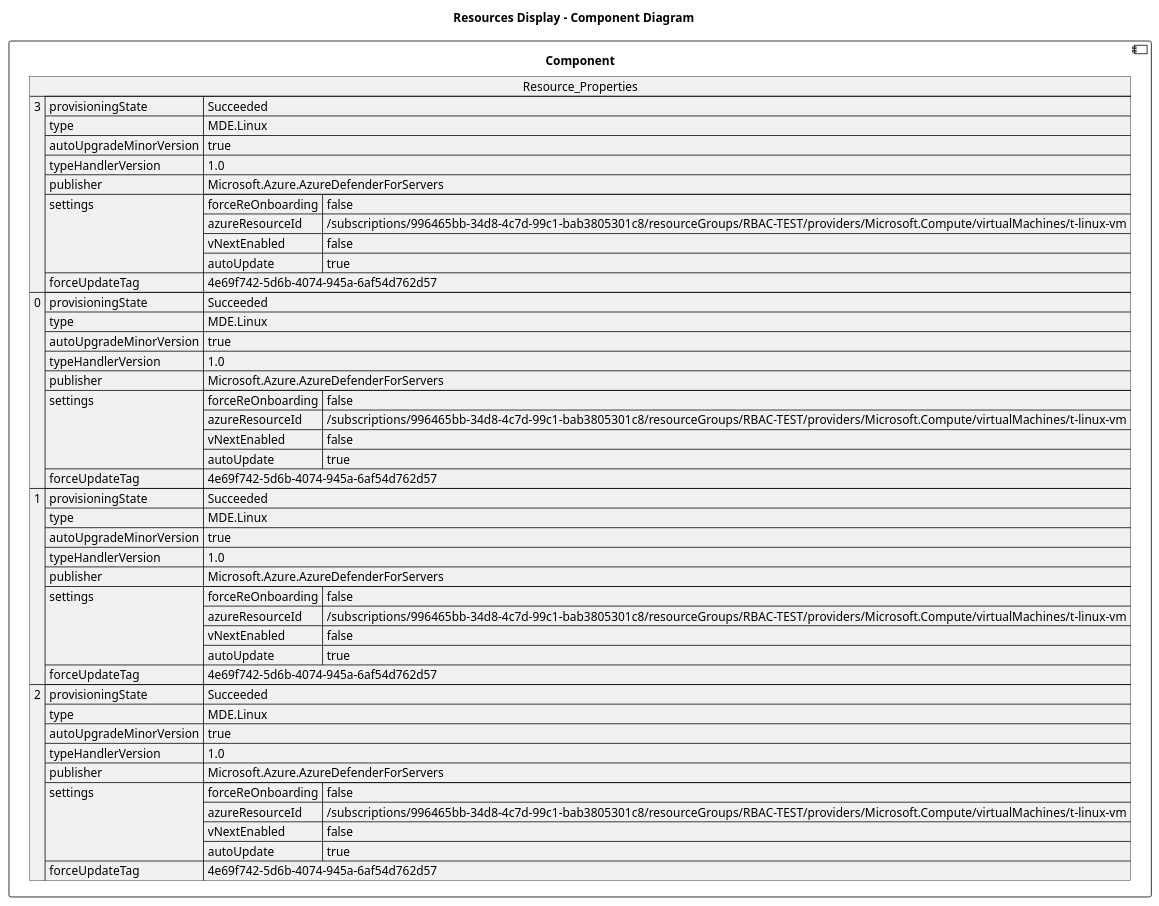
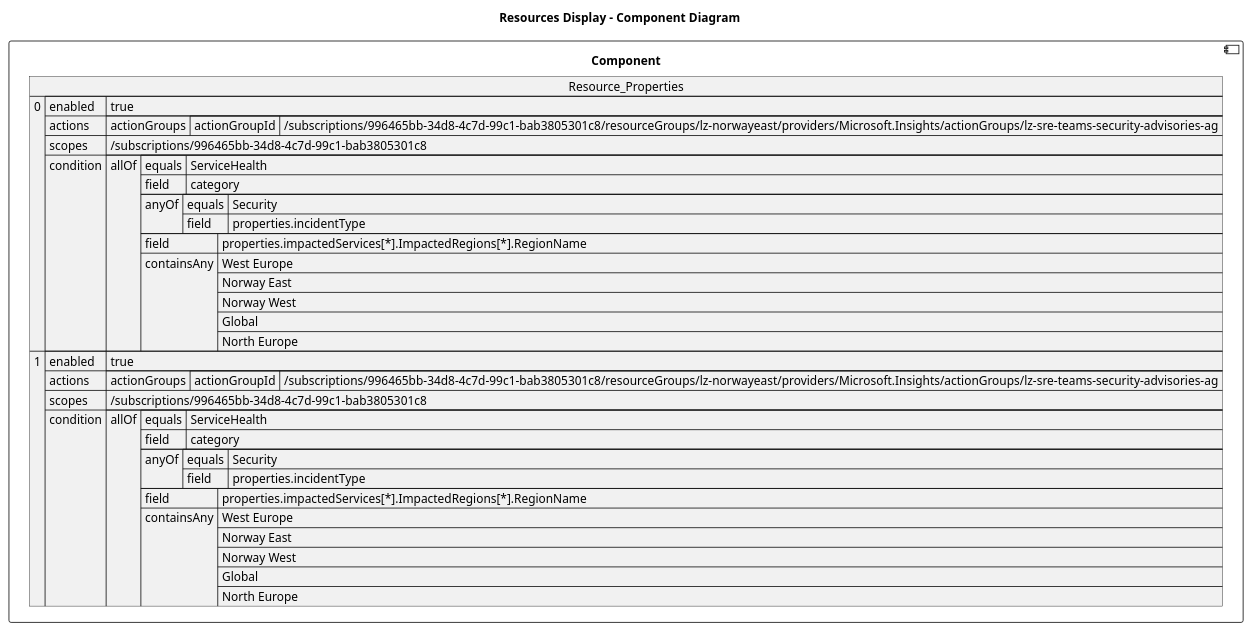
One commit to DanielAmpong/Test-Azure-architecture-diagram changed the diagram in architectureDesign/PUML/AzureBackupRG_norwayeast_1_Resources/Alert___Security_Advisory.puml. Above: the diagram before and after it, drawn with PlantUML. The commit also changed 762 other files, not shown here.

```diff
--- a/architectureDesign/PUML/AzureBackupRG_norwayeast_1_Resources/Alert___Security_Advisory.puml
+++ b/architectureDesign/PUML/AzureBackupRG_norwayeast_1_Resources/Alert___Security_Advisory.puml
@@ -1,66 +1,88 @@
 @startuml
 
 title Resources Display - Component Diagram
 
 component Component {
 
 json  Resource_Properties {
-  "3": {
-    "provisioningState": "Succeeded",
-    "type": "MDE.Linux",
-    "autoUpgradeMinorVersion": true,
-    "typeHandlerVersion": "1.0",
-    "publisher": "Microsoft.Azure.AzureDefenderForServers",
-    "settings": {
-      "forceReOnboarding": false,
-      "azureResourceId": "/subscriptions/996465bb-34d8-4c7d-99c1-bab3805301c8/resourceGroups/RBAC-TEST/providers/Microsoft.Compute/virtualMachines/t-linux-vm",
-      "vNextEnabled": false,
-      "autoUpdate": true
+  "0": {
+    "enabled": true,
+    "actions": {
+      "actionGroups": [
+        {
+          "actionGroupId": "/subscriptions/996465bb-34d8-4c7d-99c1-bab3805301c8/resourceGroups/lz-norwayeast/providers/Microsoft.Insights/actionGroups/lz-sre-teams-security-advisories-ag"
+        }
+      ]
     },
-    "forceUpdateTag": "4e69f742-5d6b-4074-945a-6af54d762d57"
-  },
-  "0": {
-    "provisioningState": "Succeeded",
-    "type": "MDE.Linux",
-    "autoUpgradeMinorVersion": true,
-    "typeHandlerVersion": "1.0",
-    "publisher": "Microsoft.Azure.AzureDefenderForServers",
-    "settings": {
-      "forceReOnboarding": false,
-      "azureResourceId": "/subscriptions/996465bb-34d8-4c7d-99c1-bab3805301c8/resourceGroups/RBAC-TEST/providers/Microsoft.Compute/virtualMachines/t-linux-vm",
-      "vNextEnabled": false,
-      "autoUpdate": true
-    },
-    "forceUpdateTag": "4e69f742-5d6b-4074-945a-6af54d762d57"
+    "scopes": [
+      "/subscriptions/996465bb-34d8-4c7d-99c1-bab3805301c8"
+    ],
+    "condition": {
+      "allOf": [
+        {
+          "equals": "ServiceHealth",
+          "field": "category"
+        },
+        {
+          "anyOf": [
+            {
+              "equals": "Security",
+              "field": "properties.incidentType"
+            }
+          ]
+        },
+        {
+          "field": "properties.impactedServices[*].ImpactedRegions[*].RegionName",
+          "containsAny": [
+            "West Europe",
+            "Norway East",
+            "Norway West",
+            "Global",
+            "North Europe"
+          ]
+        }
+      ]
+    }
   },
   "1": {
-    "provisioningState": "Succeeded",
-    "type": "MDE.Linux",
-    "autoUpgradeMinorVersion": true,
-    "typeHandlerVersion": "1.0",
-    "publisher": "Microsoft.Azure.AzureDefenderForServers",
-    "settings": {
-      "forceReOnboarding": false,
-      "azureResourceId": "/subscriptions/996465bb-34d8-4c7d-99c1-bab3805301c8/resourceGroups/RBAC-TEST/providers/Microsoft.Compute/virtualMachines/t-linux-vm",
-      "vNextEnabled": false,
-      "autoUpdate": true
+    "enabled": true,
+    "actions": {
+      "actionGroups": [
+        {
+          "actionGroupId": "/subscriptions/996465bb-34d8-4c7d-99c1-bab3805301c8/resourceGroups/lz-norwayeast/providers/Microsoft.Insights/actionGroups/lz-sre-teams-security-advisories-ag"
+        }
+      ]
     },
-    "forceUpdateTag": "4e69f742-5d6b-4074-945a-6af54d762d57"
-  },
-  "2": {
-    "provisioningState": "Succeeded",
-    "type": "MDE.Linux",
-    "autoUpgradeMinorVersion": true,
-    "typeHandlerVersion": "1.0",
-    "publisher": "Microsoft.Azure.AzureDefenderForServers",
-    "settings": {
-      "forceReOnboarding": false,
-      "azureResourceId": "/subscriptions/996465bb-34d8-4c7d-99c1-bab3805301c8/resourceGroups/RBAC-TEST/providers/Microsoft.Compute/virtualMachines/t-linux-vm",
-      "vNextEnabled": false,
-      "autoUpdate": true
-    },
-    "forceUpdateTag": "4e69f742-5d6b-4074-945a-6af54d762d57"
+    "scopes": [
+      "/subscriptions/996465bb-34d8-4c7d-99c1-bab3805301c8"
+    ],
+    "condition": {
+      "allOf": [
+        {
+          "equals": "ServiceHealth",
+          "field": "category"
+        },
+        {
+          "anyOf": [
+            {
+              "equals": "Security",
+              "field": "properties.incidentType"
+            }
+          ]
+        },
+        {
+          "field": "properties.impactedServices[*].ImpactedRegions[*].RegionName",
+          "containsAny": [
+            "West Europe",
+            "Norway East",
+            "Norway West",
+            "Global",
+            "North Europe"
+          ]
+        }
+      ]
+    }
   }
 }
 }
 @enduml
```
